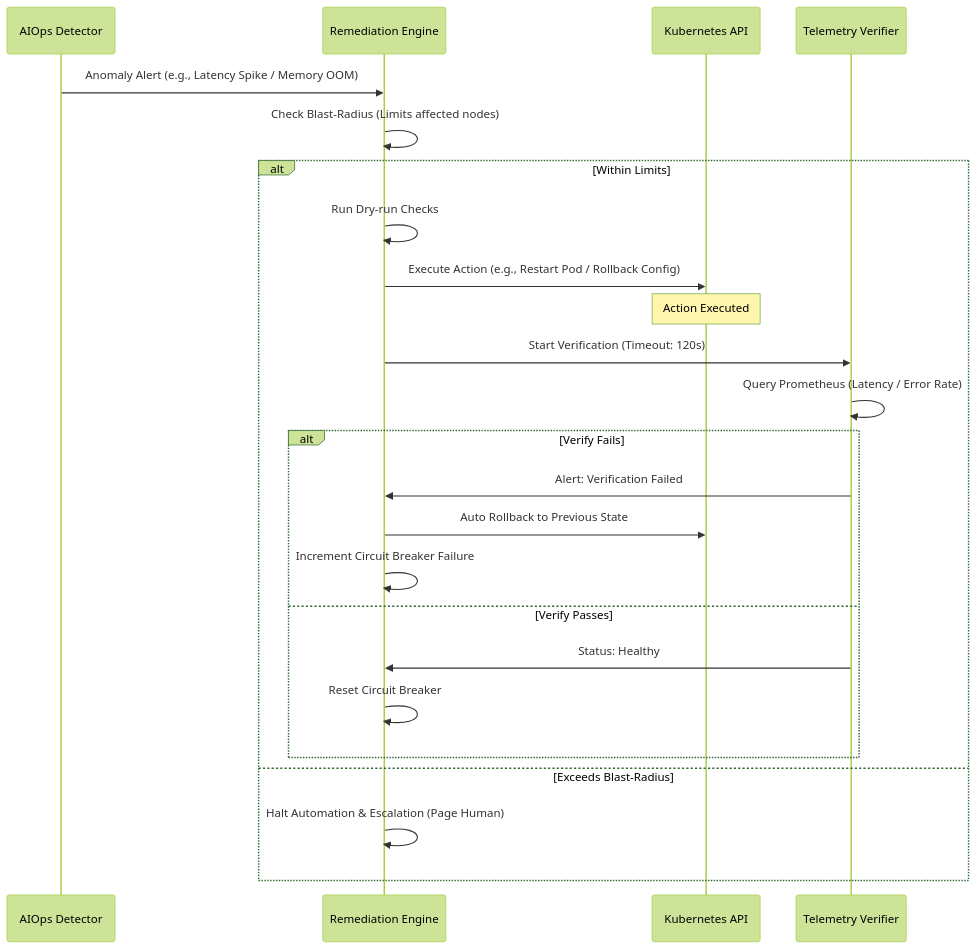
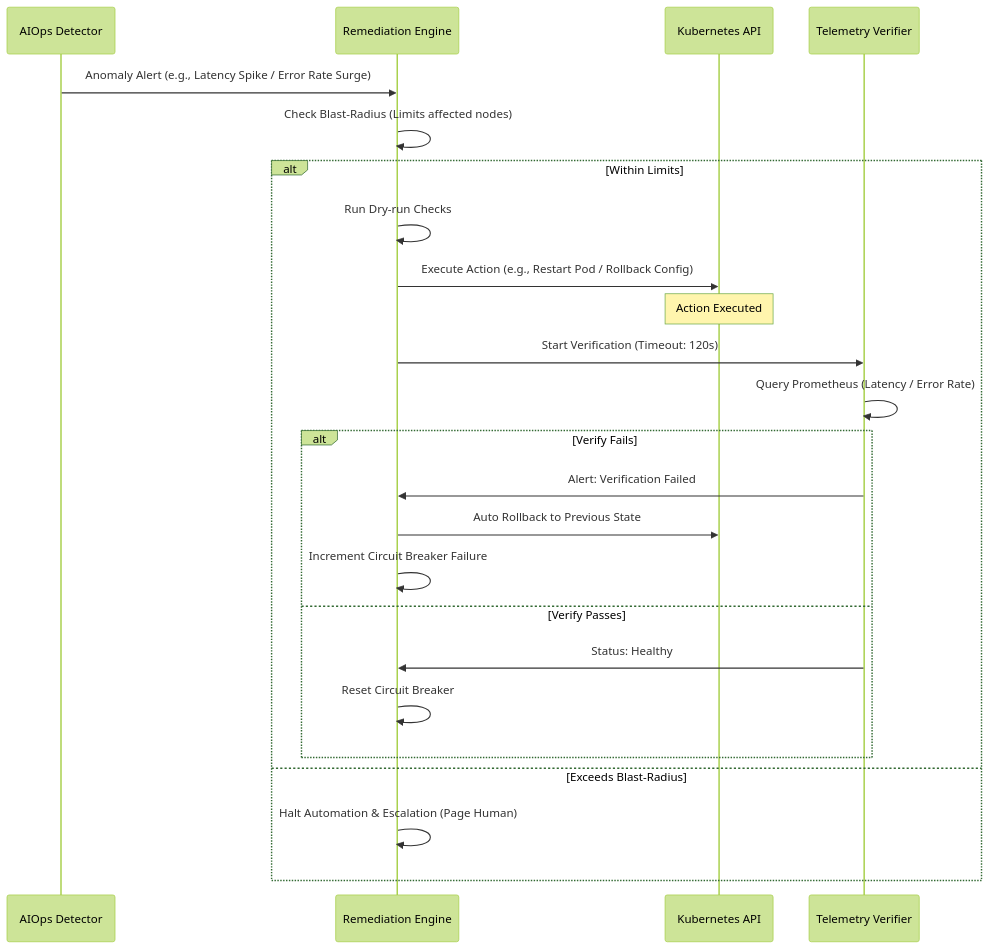
The diagram in docs/ai/specs/anomaly_remediation.md (nguyenductien-qnm/capstone-phase-3), drawn with Mermaid (forest theme) before and after one commit. The commit also changed other lines of this file, not shown here.

Commit message:
docs: Golden Signals anomaly detection spec (latency & error rate)

````diff
--- a/docs/ai/specs/anomaly_remediation.md
+++ b/docs/ai/specs/anomaly_remediation.md
@@ -4,27 +7,27 @@
 ```mermaid
 sequenceDiagram
     participant Monitor as AIOps Detector
     participant Engine as Remediation Engine
     participant K8s as Kubernetes API
     participant Verify as Telemetry Verifier
 
-    Monitor->>Engine: Anomaly Alert (e.g., Latency Spike / Memory OOM)
+    Monitor->>Engine: Anomaly Alert (e.g., Latency Spike / Error Rate Surge)
     Engine->>Engine: Check Blast-Radius (Limits affected nodes)
     alt Within Limits
         Engine->>Engine: Run Dry-run Checks
         Engine->>K8s: Execute Action (e.g., Restart Pod / Rollback Config)
         Note over K8s: Action Executed
         Engine->>Verify: Start Verification (Timeout: 120s)
         Verify->>Verify: Query Prometheus (Latency / Error Rate)
         alt Verify Fails
             Verify->>Engine: Alert: Verification Failed
             Engine->>K8s: Auto Rollback to Previous State
             Engine->>Engine: Increment Circuit Breaker Failure
         else Verify Passes
             Verify->>Engine: Status: Healthy
             Engine->>Engine: Reset Circuit Breaker
         end
     else Exceeds Blast-Radius
         Engine->>Engine: Halt Automation & Escalation (Page Human)
     end
 ```
````
